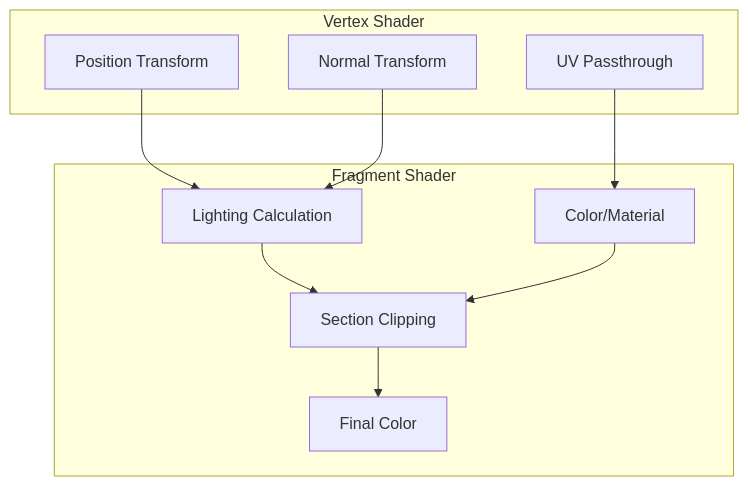
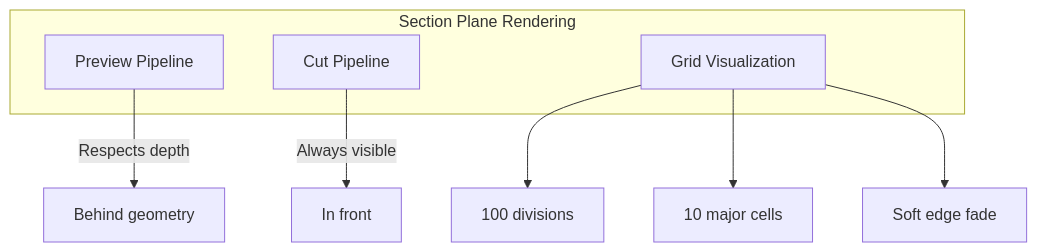
One commit to apollosbangalu/ifc-lite changed the second of 2 diagrams in docs/guide/rendering.md. Above: the diagram before and after it, drawn with Mermaid. The commit also changed other lines of this file and 8 other files, not shown here.

````diff
--- a/docs/guide/rendering.md
+++ b/docs/guide/rendering.md
@@ -391,22 +203,14 @@
 ```mermaid
-graph TB
-    subgraph Vertex["Vertex Shader"]
-        Position["Position Transform"]
-        Normal["Normal Transform"]
-        UV["UV Passthrough"]
+graph TD
+    subgraph SectionPlane["Section Plane Rendering"]
+        Preview["Preview Pipeline"]
+        Cut["Cut Pipeline"]
+        Grid["Grid Visualization"]
     end
 
-    subgraph Fragment["Fragment Shader"]
-        Lighting["Lighting Calculation"]
-        Color["Color/Material"]
-        Section["Section Clipping"]
-        Output["Final Color"]
-    end
-
-    Position --> Lighting
-    Normal --> Lighting
-    UV --> Color
-    Lighting --> Section
-    Color --> Section
-    Section --> Output
+    Preview -->|"Respects depth"| Behind["Behind geometry"]
+    Cut -->|"Always visible"| Front["In front"]
+    Grid --> Minor["100 divisions"]
+    Grid --> Major["10 major cells"]
+    Grid --> Edge["Soft edge fade"]
 ```
````
